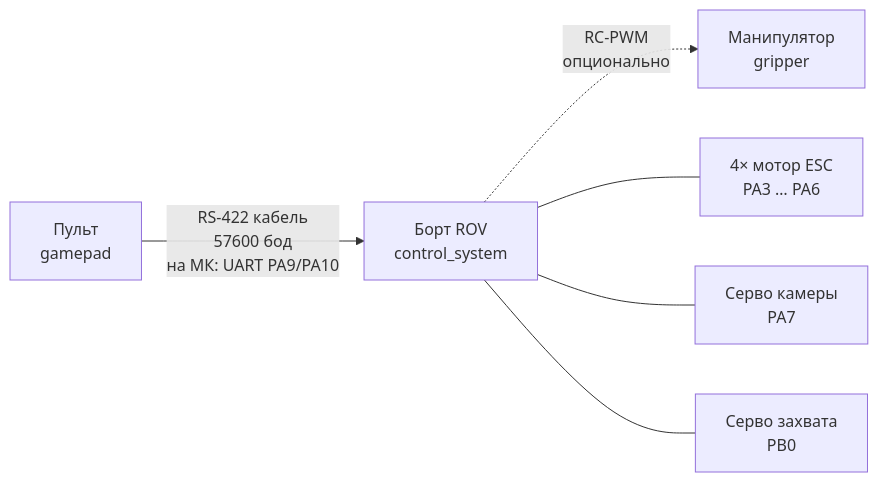
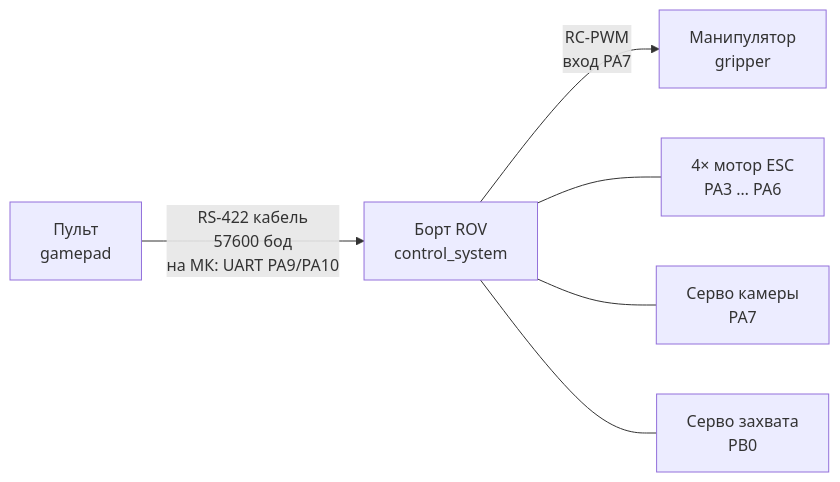
The diagram in README.md (Yarik9008/RovAcademic), drawn with Mermaid before and after one commit. The commit also changed other lines of this file, not shown here.

Commit message:
README: манипулятор в схеме как обязательный узел, правки таблицы
Made-with: Cursor

````diff
--- a/README.md
+++ b/README.md
@@ -7,9 +7,9 @@
 ```mermaid
 flowchart LR
   GP["Пульт<br/>gamepad"] -->|"RS-422 кабель<br/>57600 бод<br/>на МК: UART PA9/PA10"| CT["Борт ROV<br/>control_system"]
-  CT -.->|"RC-PWM<br/>опционально"| GR["Манипулятор<br/>gripper"]
+  CT -->|"RC-PWM<br/>вход PA7"| GR["Манипулятор<br/>gripper"]
 
   CT --- M["4× мотор ESC<br/>PA3 … PA6"]
   CT --- CAM["Серво камеры<br/>PA7"]
   CT --- ARM["Серво захвата<br/>PB0"]
 ```
````
